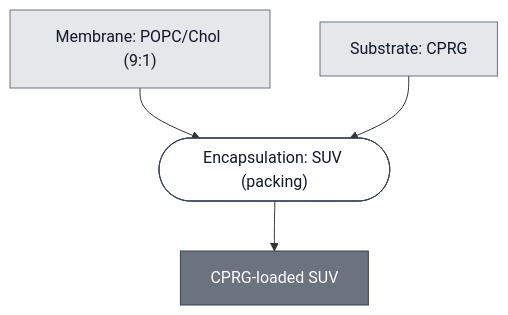
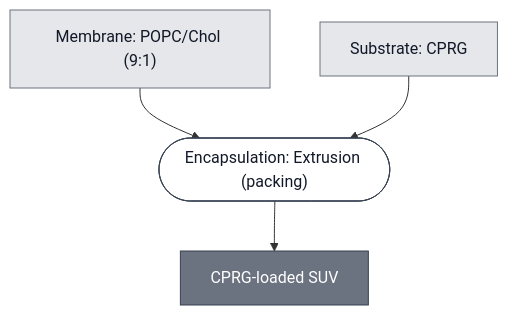
Before and after one commit to nucleus-eng/nucleus-docs: the diagram in docs/modules/substrate-cprg-suv/spec.md, drawn with Mermaid. The commit also changed other lines of this file and 50 other files, not shown here.

````diff
--- a/docs/modules/substrate-cprg-suv/spec.md
+++ b/docs/modules/substrate-cprg-suv/spec.md
@@ -32,25 +32,25 @@
 ```mermaid
 flowchart TD
     MEMBRANE_POPC_CHOL_CHICAGO["Membrane: POPC/Chol (9:1)"]
     SUBSTRATE_CPRG["Substrate: CPRG"]
 
-    P1_HYDRATE_AND_EXTRUDE_0(["Encapsulation: SUV (packing)"])
+    P1_HYDRATE_AND_EXTRUDE_0(["Encapsulation: Extrusion (packing)"])
     SUBSTRATE_CPRG_SUV["CPRG-loaded SUV"]
 
     MEMBRANE_POPC_CHOL_CHICAGO --> P1_HYDRATE_AND_EXTRUDE_0
     SUBSTRATE_CPRG --> P1_HYDRATE_AND_EXTRUDE_0
     P1_HYDRATE_AND_EXTRUDE_0 --> SUBSTRATE_CPRG_SUV
 
 
     classDef leaf     fill:#e5e7eb,stroke:#6b7280,color:#111827;
     classDef composed fill:#6b7280,stroke:#374151,color:#ffffff;
     classDef process  fill:#ffffff,stroke:#374151,color:#111827;
     class MEMBRANE_POPC_CHOL_CHICAGO,SUBSTRATE_CPRG leaf;
     class SUBSTRATE_CPRG_SUV composed;
     class P1_HYDRATE_AND_EXTRUDE_0 process;
 
     click MEMBRANE_POPC_CHOL_CHICAGO "/docs/modules/membrane-popc-chol-chicago/spec"
     click SUBSTRATE_CPRG "/docs/modules/substrate-cprg/spec"
     click P1_HYDRATE_AND_EXTRUDE_0 "/docs/processes/encapsulate-suv/main"
     click SUBSTRATE_CPRG_SUV "/docs/modules/substrate-cprg-suv/spec"
 ```
````
